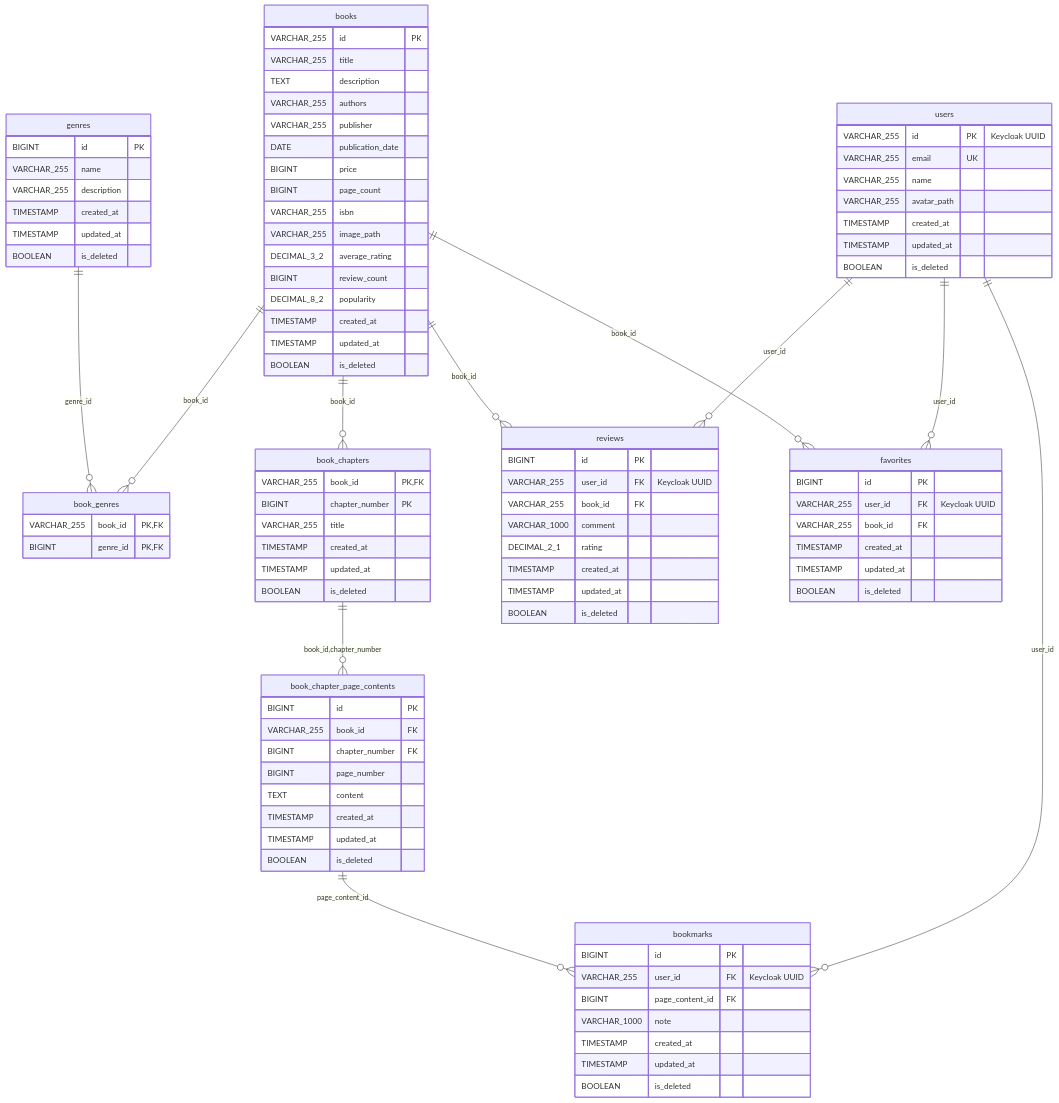
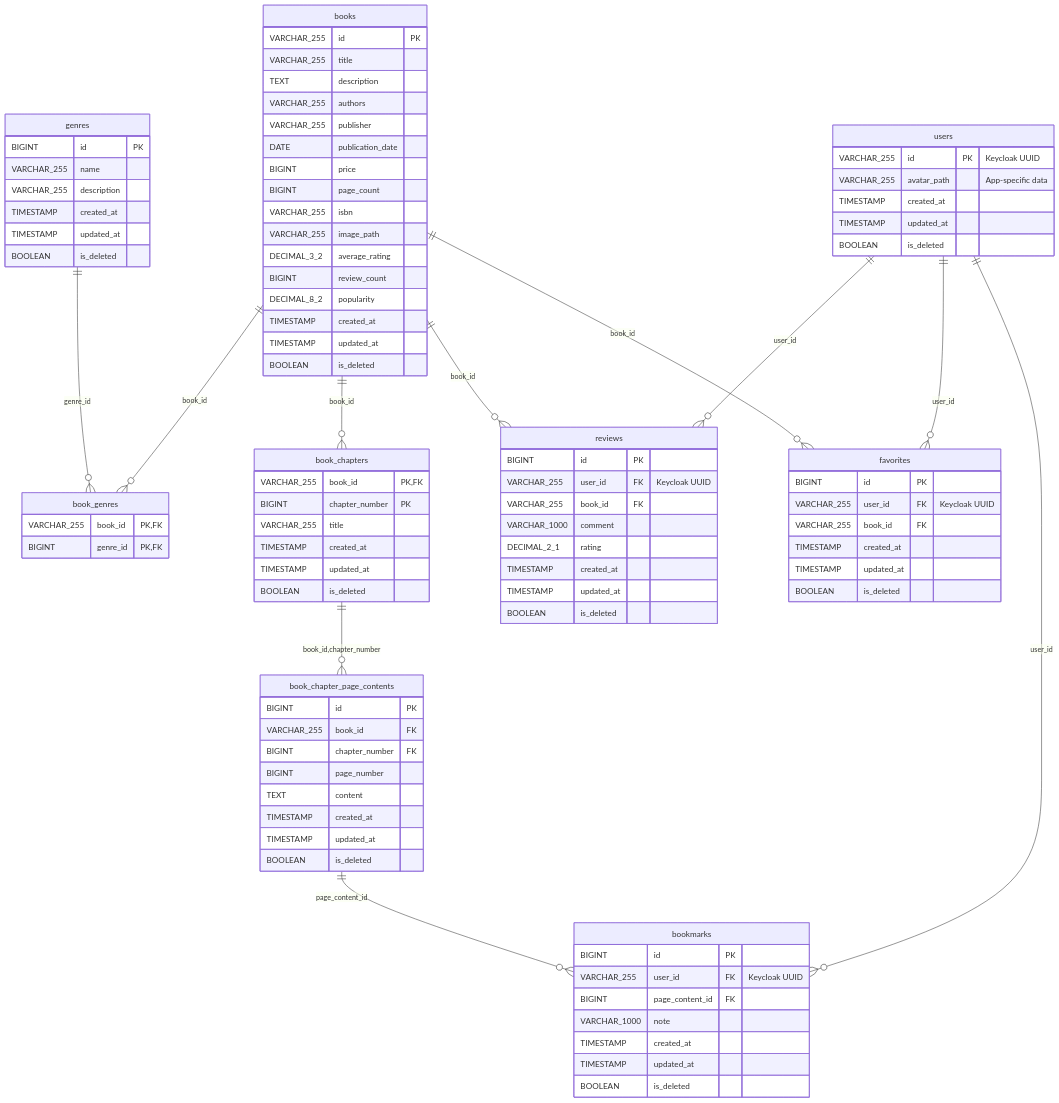
Before and after one commit to Ndia-R/my-books-api: the diagram in db/ER図.mmd, drawn with Mermaid. The commit also changed 22 other files, not shown here.

```diff
--- a/db/ER図.mmd
+++ b/db/ER図.mmd
@@ -1,109 +1,107 @@
 erDiagram
     users {
         VARCHAR_255 id PK "Keycloak UUID"
-        VARCHAR_255 email UK
-        VARCHAR_255 name
-        VARCHAR_255 avatar_path
+        VARCHAR_255 avatar_path "App-specific data"
         TIMESTAMP created_at
         TIMESTAMP updated_at
         BOOLEAN is_deleted
     }
 
     books {
         VARCHAR_255 id PK
         VARCHAR_255 title
         TEXT description
         VARCHAR_255 authors
         VARCHAR_255 publisher
         DATE publication_date
         BIGINT price
         BIGINT page_count
         VARCHAR_255 isbn
         VARCHAR_255 image_path
         DECIMAL_3_2 average_rating
         BIGINT review_count
         DECIMAL_8_2 popularity
         TIMESTAMP created_at
         TIMESTAMP updated_at
         BOOLEAN is_deleted
     }
 
     genres {
         BIGINT id PK
         VARCHAR_255 name
         VARCHAR_255 description
         TIMESTAMP created_at
         TIMESTAMP updated_at
         BOOLEAN is_deleted
     }
 
     book_genres {
         VARCHAR_255 book_id PK,FK
         BIGINT genre_id PK,FK
     }
 
     book_chapters {
         VARCHAR_255 book_id PK,FK
         BIGINT chapter_number PK
         VARCHAR_255 title
         TIMESTAMP created_at
         TIMESTAMP updated_at
         BOOLEAN is_deleted
     }
 
     book_chapter_page_contents {
         BIGINT id PK
         VARCHAR_255 book_id FK
         BIGINT chapter_number FK
         BIGINT page_number
         TEXT content
         TIMESTAMP created_at
         TIMESTAMP updated_at
         BOOLEAN is_deleted
     }
 
     reviews {
         BIGINT id PK
         VARCHAR_255 user_id FK "Keycloak UUID"
         VARCHAR_255 book_id FK
         VARCHAR_1000 comment
         DECIMAL_2_1 rating
         TIMESTAMP created_at
         TIMESTAMP updated_at
         BOOLEAN is_deleted
     }
 
     favorites {
         BIGINT id PK
         VARCHAR_255 user_id FK "Keycloak UUID"
         VARCHAR_255 book_id FK
         TIMESTAMP created_at
         TIMESTAMP updated_at
         BOOLEAN is_deleted
     }
 
     bookmarks {
         BIGINT id PK
         VARCHAR_255 user_id FK "Keycloak UUID"
         BIGINT page_content_id FK
         VARCHAR_1000 note
         TIMESTAMP created_at
         TIMESTAMP updated_at
         BOOLEAN is_deleted
     }
 
     %% リレーションシップ定義
     books ||--o{ book_genres : "book_id"
     genres ||--o{ book_genres : "genre_id"
 
     books ||--o{ book_chapters : "book_id"
     book_chapters ||--o{ book_chapter_page_contents : "book_id,chapter_number"
 
     users ||--o{ reviews : "user_id"
     books ||--o{ reviews : "book_id"
 
     users ||--o{ favorites : "user_id"
     books ||--o{ favorites : "book_id"
 
     users ||--o{ bookmarks : "user_id"
     book_chapter_page_contents ||--o{ bookmarks : "page_content_id"
```
